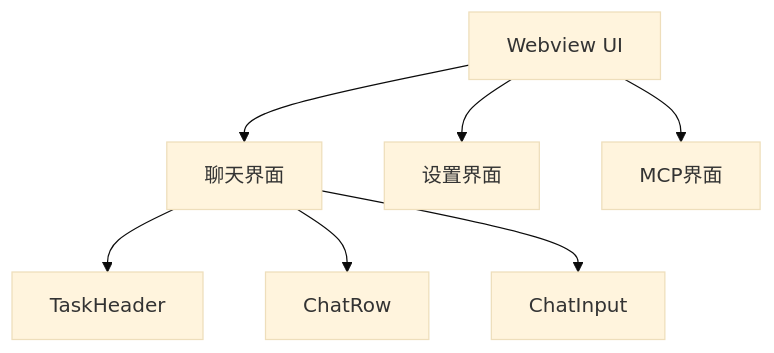
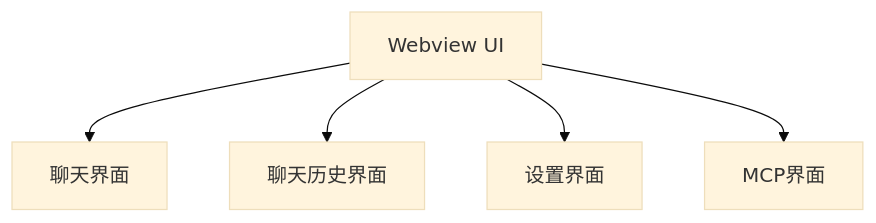
One commit to mikegai333/Roo-Code changed the fourth of 4 diagrams in architecture.md. Above: the diagram before and after it, drawn with Mermaid (base theme). The commit also changed other lines of this file and 5 other files, not shown here.

````diff
--- a/architecture.md
+++ b/architecture.md
@@ -203,9 +245,7 @@
 ```mermaid
 graph TD
     A[Webview UI] --> B[聊天界面]
+    A --> E[聊天历史界面]
     A --> C[设置界面]
     A --> D[MCP界面]
-    B --> E[TaskHeader]
-    B --> F[ChatRow]
-    B --> G[ChatInput]
 ```
````
